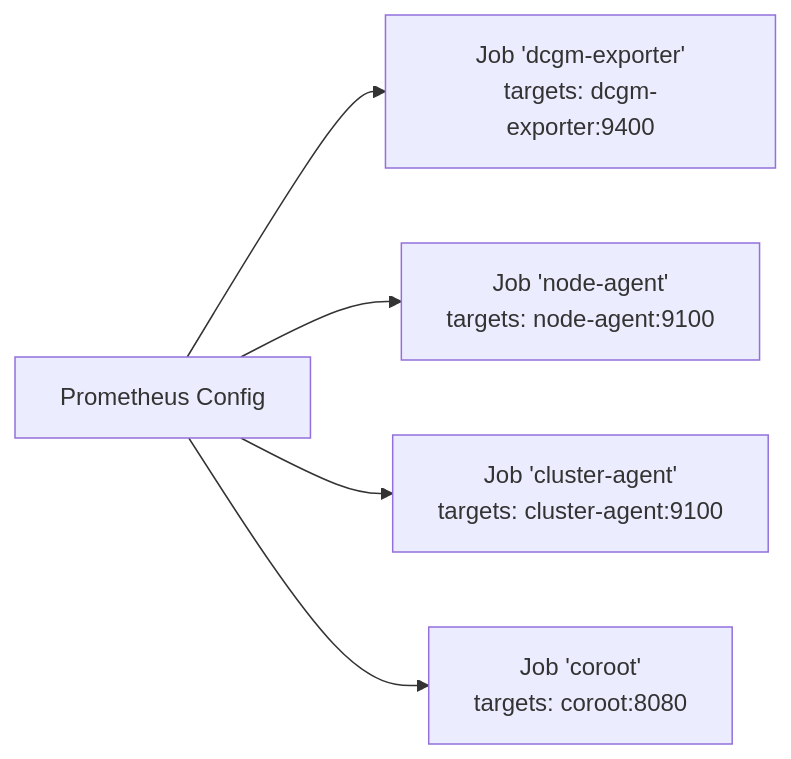
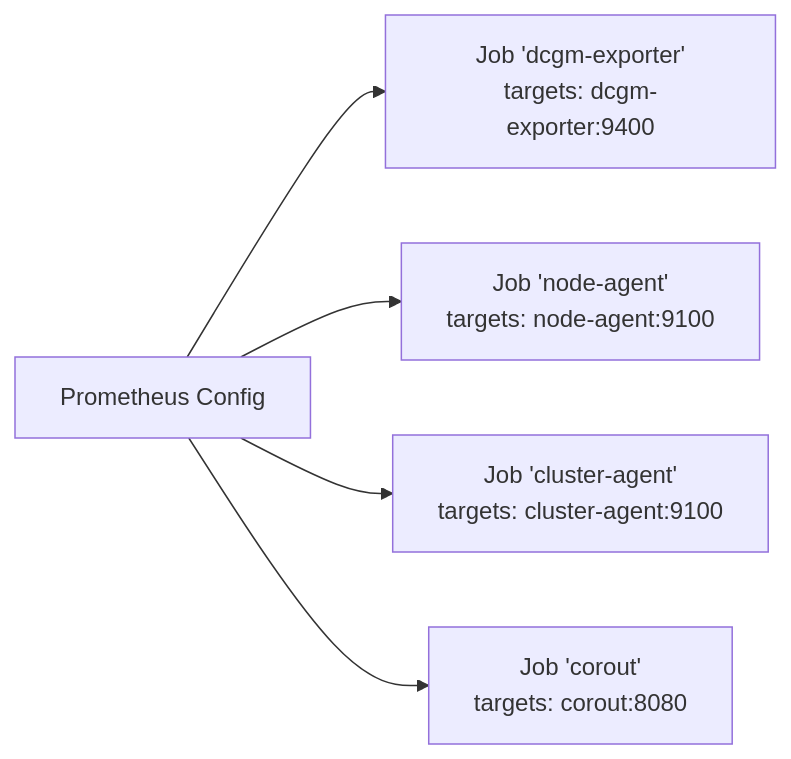
One commit to Fogus-Gr/MeasurementsDTs changed the fifth of 10 diagrams in .qoder/repowiki/en/content/Monitoring and Analytics/Performance Monitoring.md. Above: the diagram before and after it, drawn with Mermaid. The commit also changed other lines of this file and 14 other files, not shown here.

````diff
--- a/.qoder/repowiki/en/content/Monitoring and Analytics/Performance Monitoring.md
+++ b/.qoder/repowiki/en/content/Monitoring and Analytics/Performance Monitoring.md
@@ -199,7 +239,7 @@
 ```mermaid
 graph LR
 Prom["Prometheus Config"] --> JobDCGM["Job 'dcgm-exporter'<br/>targets: dcgm-exporter:9400"]
 Prom --> JobNA["Job 'node-agent'<br/>targets: node-agent:9100"]
 Prom --> JobCA["Job 'cluster-agent'<br/>targets: cluster-agent:9100"]
-Prom --> JobCoroot["Job 'coroot'<br/>targets: coroot:8080"]
+Prom --> JobCoroot["Job 'corout'<br/>targets: corout:8080"]
 ```
````
